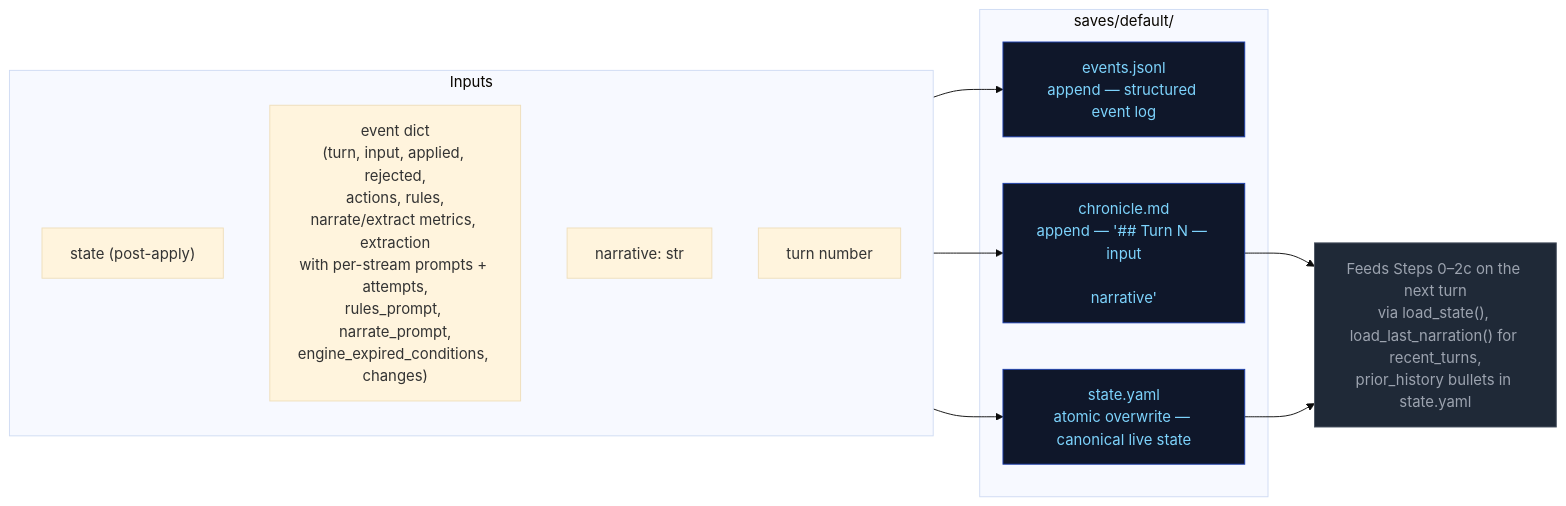
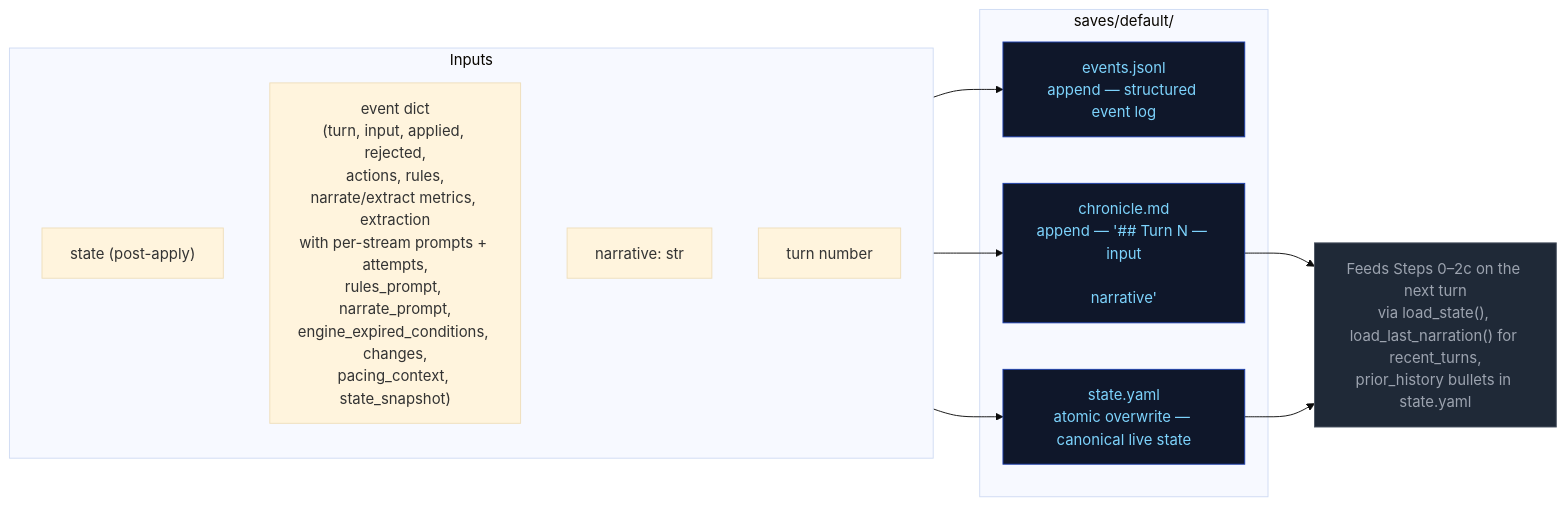
The diagram in docs/architecture/persist.md (pww217/fablethread), drawn with Mermaid (base theme) before and after one commit. The commit also changed other lines of this file and 10 other files, not shown here.

````diff
--- a/docs/architecture/persist.md
+++ b/docs/architecture/persist.md
@@ -7,26 +15,26 @@
 ```mermaid
 flowchart LR
     classDef storageNode fill:#0f172a,color:#7dd3fc,stroke:#1e40af
     classDef pyNode      fill:#1f2937,color:#9ca3af,stroke:#4b5563
 
     subgraph IN["Inputs"]
         P1["state (post-apply)"]
-        P2["event dict<br>(turn, input, applied, rejected,<br>actions, rules,<br>narrate/extract metrics, extraction<br>with per-stream prompts + attempts,<br>rules_prompt, narrate_prompt,<br>engine_expired_conditions, changes)"]
+        P2["event dict<br>(turn, input, applied, rejected,<br>actions, rules,<br>narrate/extract metrics, extraction<br>with per-stream prompts + attempts,<br>rules_prompt, narrate_prompt,<br>engine_expired_conditions, changes,<br>pacing_context, state_snapshot)"]
         P3["narrative: str"]
         P4["turn number"]
     end
 
     subgraph WRITES["saves/default/"]
         W1["events.jsonl<br>append — structured event log"]:::storageNode
         W2["state.yaml<br>atomic overwrite — canonical live state"]:::storageNode
         W3["chronicle.md<br>append — '## Turn N — input\n\nnarrative'"]:::storageNode
     end
 
     READBACK["Feeds Steps 0–2c on the next turn<br>via load_state(), load_last_narration() for recent_turns,<br>prior_history bullets in state.yaml"]:::pyNode
 
     IN --> W1
     IN --> W2
     IN --> W3
     W3 --> READBACK
     W2 --> READBACK
 ```
````
